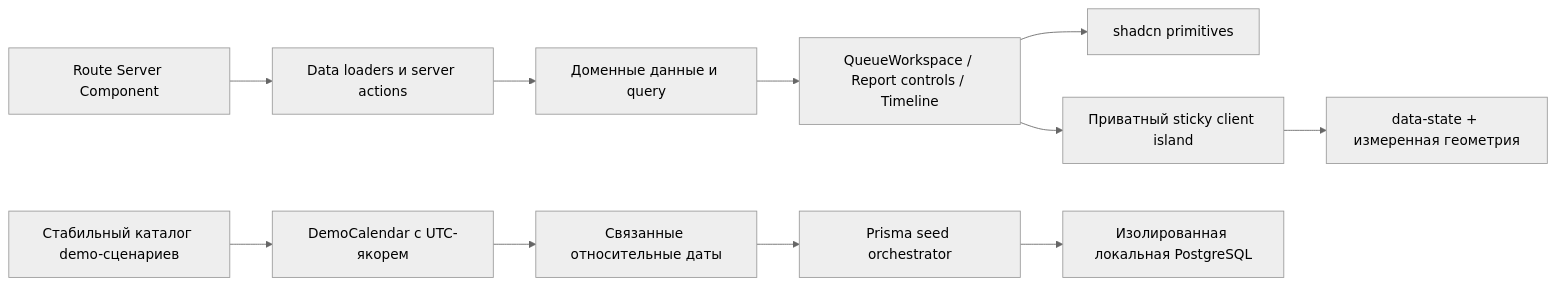
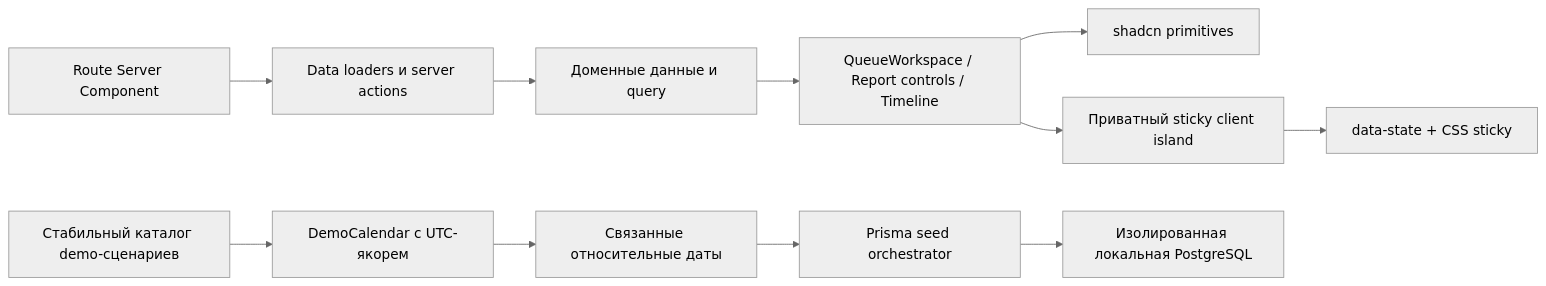
One commit to m0llusca/Stemma changed the diagram in docs/superpowers/specs/2026-07-27-shadcn-layout-remediation-design.md. Above: the diagram before and after it, drawn with Mermaid (neutral theme). The commit also changed other lines of this file, not shown here.

````diff
--- a/docs/superpowers/specs/2026-07-27-shadcn-layout-remediation-design.md
+++ b/docs/superpowers/specs/2026-07-27-shadcn-layout-remediation-design.md
@@ -357,14 +406,14 @@
 ```mermaid
 flowchart LR
   A["Route Server Component"] --> B["Data loaders и server actions"]
   B --> C["Доменные данные и query"]
   C --> D["QueueWorkspace / Report controls / Timeline"]
   D --> E["shadcn primitives"]
   D --> F["Приватный sticky client island"]
-  F --> G["data-state + измеренная геометрия"]
+  F --> G["data-state + CSS sticky"]
 
   H["Стабильный каталог demo-сценариев"] --> I["DemoCalendar с UTC-якорем"]
   I --> J["Связанные относительные даты"]
   J --> K["Prisma seed orchestrator"]
   K --> L["Изолированная локальная PostgreSQL"]
 ```
````
